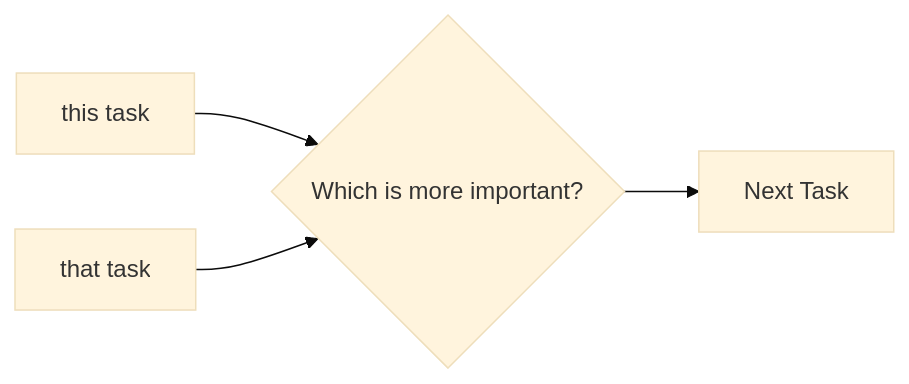
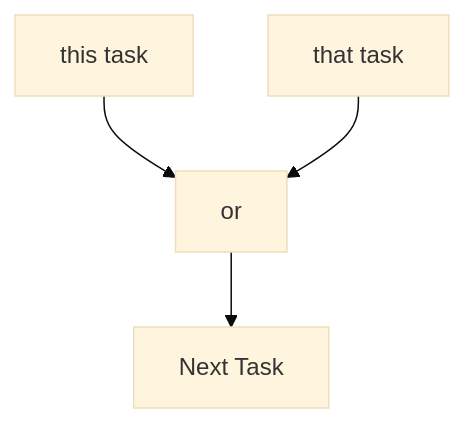
Before and after one commit to pbangiola/nexttask: the diagram in frontend/diagrams/pairwise-sorting.mmd, drawn with Mermaid (base theme). The commit also changed 16 other files, not shown here.

```diff
--- a/frontend/diagrams/pairwise-sorting.mmd
+++ b/frontend/diagrams/pairwise-sorting.mmd
@@ -1,4 +1,2 @@
-flowchart LR
-    a["this task"] --> choice{"Which is more important?"}
-    b["that task"] --> choice
-    choice --> c["Next Task"]
+flowchart
+    a["this task"] & b["that task"] --> choice["or"] --> c["Next Task"]
```
